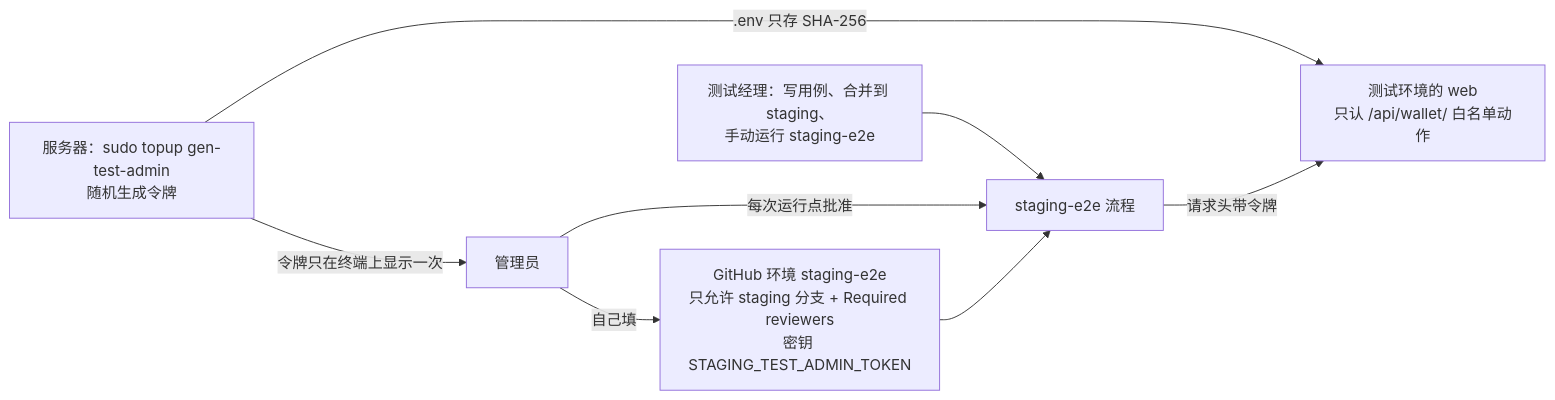
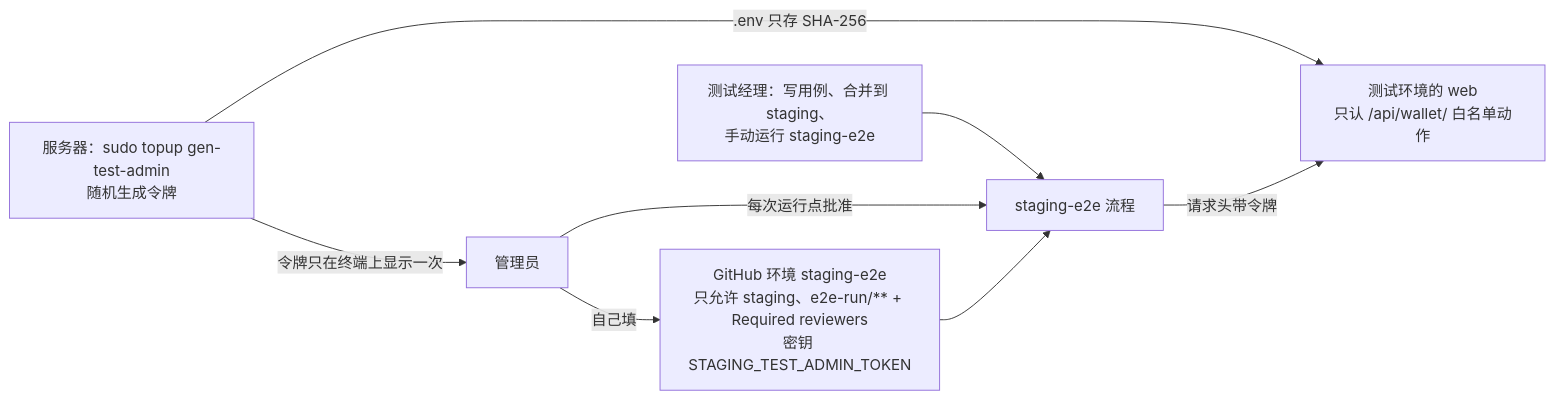
Before and after one commit to dollar3651314/TopUP: the second of 2 diagrams in deploy/README.md, drawn with Mermaid. The commit also changed other lines of this file and 2 other files, not shown here.

First line of the commit message:
staging-e2e：加推送 e2e-run/** 分支触发（流程文件进 main 之前手动触发会 404）

````diff
--- a/deploy/README.md
+++ b/deploy/README.md
@@ -105,9 +105,9 @@
 ```mermaid
 flowchart LR
   S["服务器：sudo topup gen-test-admin<br/>随机生成令牌"] -->|".env 只存 SHA-256"| APP["测试环境的 web<br/>只认 /api/wallet/ 白名单动作"]
   S -->|"令牌只在终端上显示一次"| A["管理员"]
-  A -->|"自己填"| GH["GitHub 环境 staging-e2e<br/>只允许 staging 分支 + Required reviewers<br/>密钥 STAGING_TEST_ADMIN_TOKEN"]
+  A -->|"自己填"| GH["GitHub 环境 staging-e2e<br/>只允许 staging、e2e-run/** + Required reviewers<br/>密钥 STAGING_TEST_ADMIN_TOKEN"]
   T["测试经理：写用例、合并到 staging、<br/>手动运行 staging-e2e"] --> WF["staging-e2e 流程"]
   A -->|"每次运行点批准"| WF
   GH --> WF -->|"请求头带令牌"| APP
 ```
````
